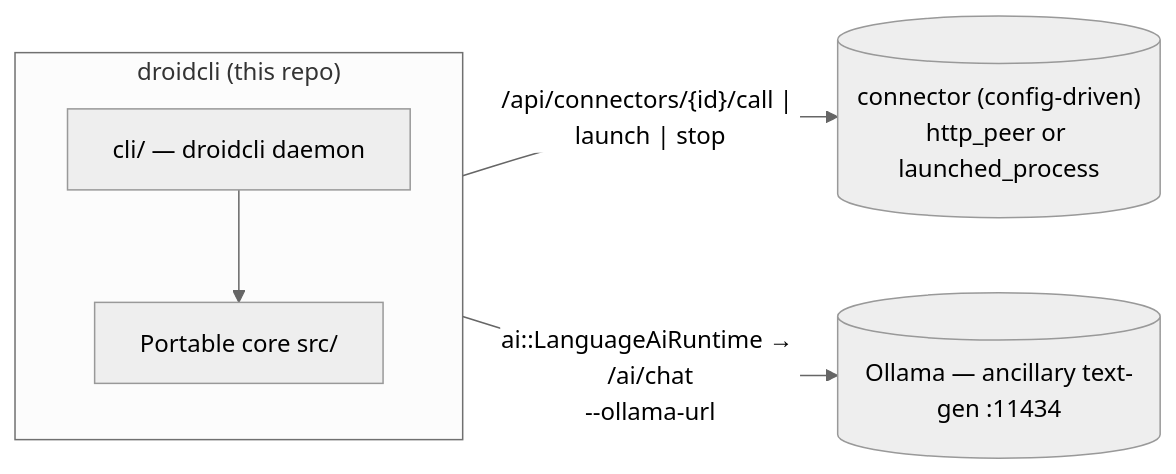
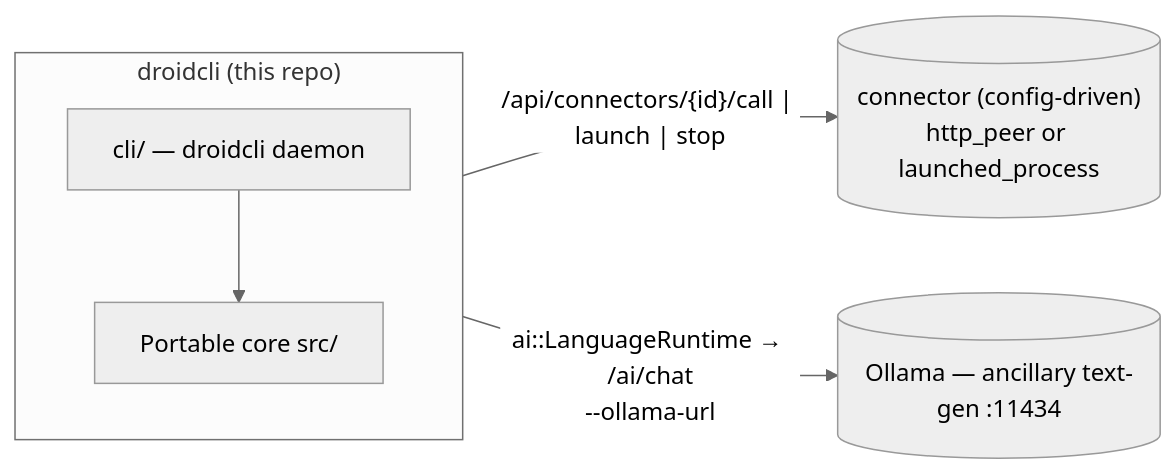
The first of 5 diagrams in ARCHITECTURE.md (vecnode/droidcli), drawn with Mermaid (neutral theme) before and after one commit. The commit also changed other lines of this file and 13 other files, not shown here.

First line of the commit message:
Windows execution ruleset (trust-ordered resolution + pre-approval verification), plus ARCHITECTURE.md cleanup (#61)

````diff
--- a/ARCHITECTURE.md
+++ b/ARCHITECTURE.md
@@ -21,13 +21,13 @@
 ```mermaid
 flowchart LR
     subgraph MA["droidcli (this repo)"]
         CORE[Portable core src/]
         HOST[cli/ — droidcli daemon]
         HOST --> CORE
     end
     CONN[("connector (config-driven)\nhttp_peer or launched_process")]
     OLLAMA[("Ollama — ancillary text-gen :11434")]
 
     MA -->|"/api/connectors/{id}/call | launch | stop"| CONN
-    MA -->|ai::LanguageAiRuntime → /ai/chat\n--ollama-url| OLLAMA
+    MA -->|ai::LanguageRuntime → /ai/chat\n--ollama-url| OLLAMA
 ```
````
